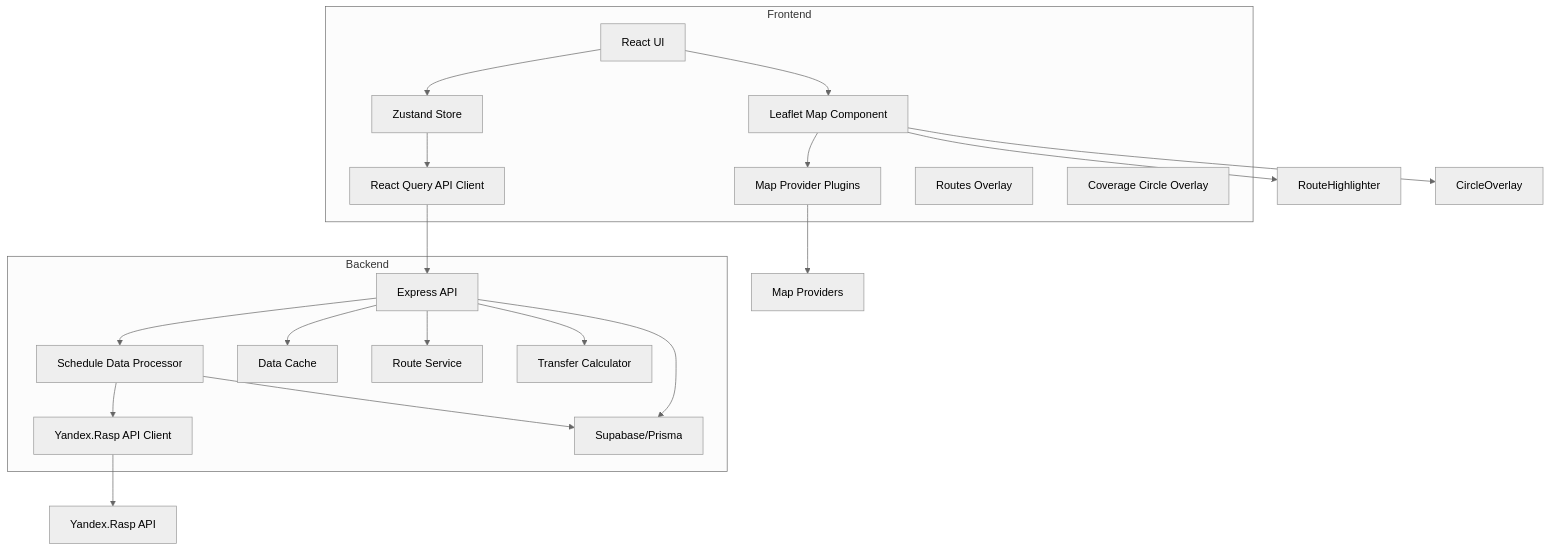
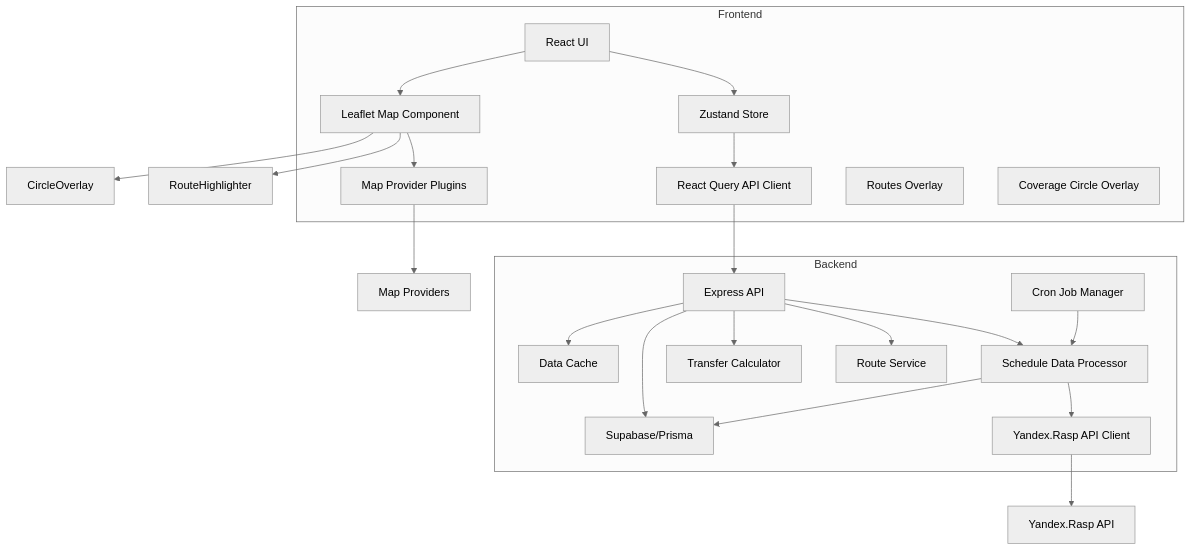
One commit to stone-w4tch3r/where2 changed the first of 6 diagrams in docs/arch.md. Above: the diagram before and after it, drawn with Mermaid (neutral theme). The commit also changed other lines of this file and 6 other files, not shown here.

Commit message:
added cron job import

````diff
--- a/docs/arch.md
+++ b/docs/arch.md
@@ -3,42 +3,44 @@
 ```mermaid
 flowchart TD
     subgraph "Frontend"
         UI[React UI]
         MapComponent[Leaflet Map Component]
         StateManagement[Zustand Store]
         APIClient[React Query API Client]
         MapPlugins[Map Provider Plugins]
         RoutesOverlay[Routes Overlay]
         CoverageCircle[Coverage Circle Overlay]
     end
 
     subgraph "Backend"
         API[Express API]
         DataProcessor[Schedule Data Processor]
+        CronJobManager[Cron Job Manager]
         ExternalAPI[Yandex.Rasp API Client]
         Cache[Data Cache]
         DB[Supabase/Prisma]
         RouteService[Route Service]
         TransferCalculator[Transfer Calculator]
     end
 
     ExternalSources[Yandex.Rasp API]
     MapProviders[Map Providers]
 
     UI --> StateManagement
     UI --> MapComponent
     MapComponent --> MapPlugins
     MapComponent --> RouteHighlighter
     MapComponent --> CircleOverlay
     MapPlugins --> MapProviders
     StateManagement --> APIClient
     APIClient --> API
     API --> DataProcessor
     API --> RouteService
     API --> TransferCalculator
+    CronJobManager --> DataProcessor
     DataProcessor --> ExternalAPI
     ExternalAPI --> ExternalSources
     DataProcessor --> DB
     API --> DB
     API --> Cache
 ```
````
